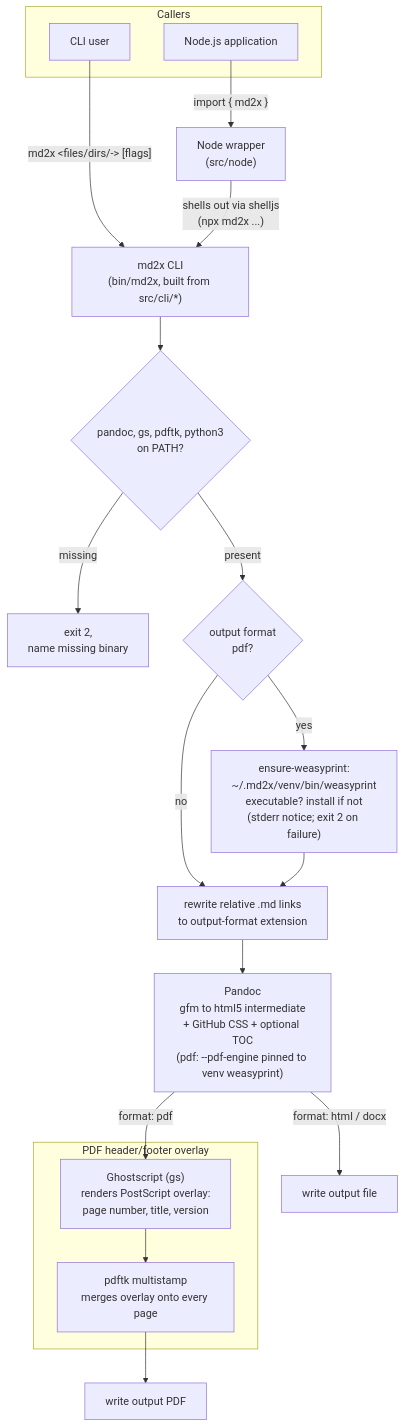
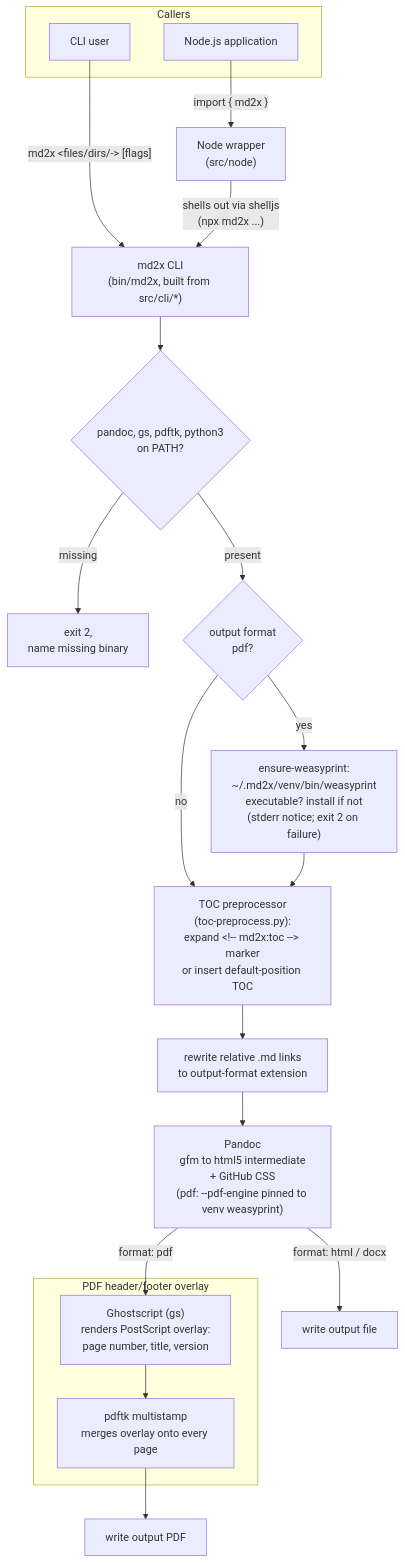
One commit to liquid-labs/md2x changed the diagram in docs/architecture.md. Above: the diagram before and after it, drawn with Mermaid. The commit also changed other lines of this file and 4 other files, not shown here.

Commit message:
implement phase-02 task-01: update architecture, spec, and project-structure docs for TOC generation

````diff
--- a/docs/architecture.md
+++ b/docs/architecture.md
@@ -21,27 +21,28 @@
 ```mermaid
 flowchart TD
     subgraph Callers
         CLIUser["CLI user"]
         NodeApp["Node.js application"]
     end
 
     CLIUser -->|"md2x &lt;files/dirs/-&gt; [flags]"| CLI
     NodeApp -->|"import { md2x }"| NodeWrapper["Node wrapper<br/>(src/node)"]
     NodeWrapper -->|"shells out via shelljs<br/>(npx md2x ...)"| CLI
 
     CLI["md2x CLI<br/>(bin/md2x, built from src/cli/*)"] --> Preflight{"pandoc, gs, pdftk, python3<br/>on PATH?"}
     Preflight -- missing --> Fail["exit 2,<br/>name missing binary"]
     Preflight -- present --> PdfCheck{"output format<br/>pdf?"}
-    PdfCheck -- no --> Rewrite["rewrite relative .md links<br/>to output-format extension"]
+    PdfCheck -- no --> TocPreprocess["TOC preprocessor<br/>(toc-preprocess.py):<br/>expand &lt;!-- md2x:toc --&gt; marker<br/>or insert default-position TOC"]
     PdfCheck -- yes --> Bootstrap["ensure-weasyprint:<br/>~/.md2x/venv/bin/weasyprint<br/>executable? install if not<br/>(stderr notice; exit 2 on failure)"]
-    Bootstrap --> Rewrite
-    Rewrite --> Pandoc["Pandoc<br/>gfm to html5 intermediate<br/>+ GitHub CSS + optional TOC<br/>(pdf: --pdf-engine pinned to venv weasyprint)"]
+    Bootstrap --> TocPreprocess
+    TocPreprocess --> Rewrite["rewrite relative .md links<br/>to output-format extension"]
+    Rewrite --> Pandoc["Pandoc<br/>gfm to html5 intermediate<br/>+ GitHub CSS<br/>(pdf: --pdf-engine pinned to venv weasyprint)"]
 
     Pandoc -->|"format: html / docx"| Output1["write output file"]
     Pandoc -->|"format: pdf"| GS
 
     subgraph "PDF header/footer overlay"
         GS["Ghostscript (gs)<br/>renders PostScript overlay:<br/>page number, title, version"] --> PDFTK["pdftk multistamp<br/>merges overlay onto every page"]
     end
     PDFTK --> Output2["write output PDF"]
 ```
````
